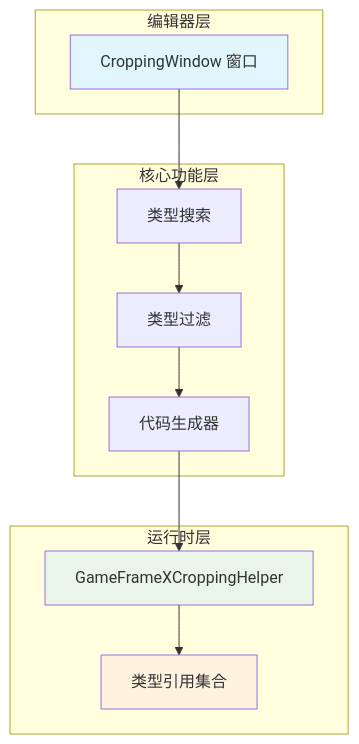
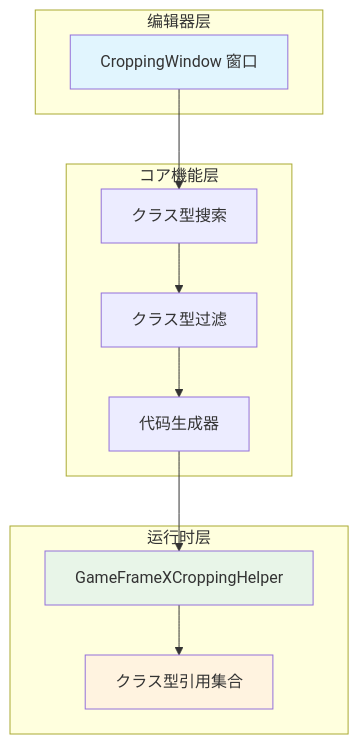
The first of 2 diagrams in docs/ja/client/unity/component/core/15.cropping-tool.md (AlianBlank/GameFrameX.Docs), drawn with Mermaid before and after one commit. The commit also changed other lines of this file and 603 other files, not shown here.

````diff
--- a/docs/ja/client/unity/component/core/15.cropping-tool.md
+++ b/docs/ja/client/unity/component/core/15.cropping-tool.md
@@ -16,27 +16,27 @@
 ```mermaid
 flowchart TD
     subgraph Editor["编辑器层"]
         Window[CroppingWindow 窗口]
     end
 
-    subgraph Core["核心功能层"]
-        Search[类型搜索]
-        Filter[类型过滤]
+    subgraph Core["コア機能层"]
+        Search[クラス型搜索]
+        Filter[クラス型过滤]
         Generator[代码生成器]
     end
 
     subgraph Runtime["运行时层"]
         Helper[GameFrameXCroppingHelper]
-        Types[类型引用集合]
+        Types[クラス型引用集合]
     end
 
     Window --> Search
     Search --> Filter
     Filter --> Generator
     Generator --> Helper
     Helper --> Types
 
     style Window fill:#e1f5fe
     style Helper fill:#e8f5e8
     style Types fill:#fff3e0
 ```
````
